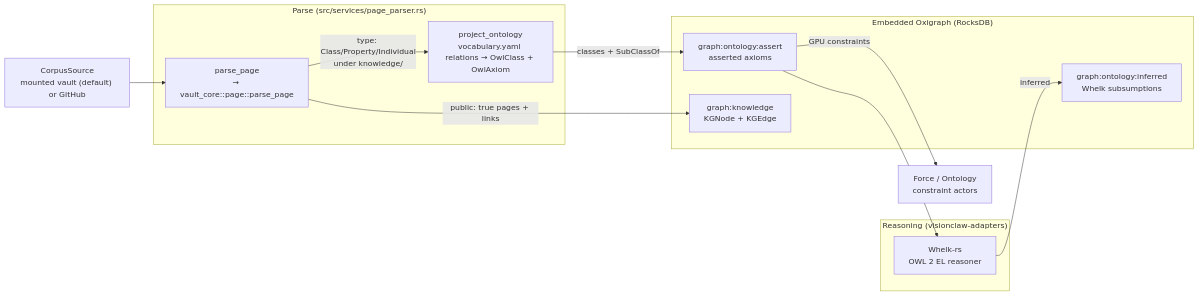
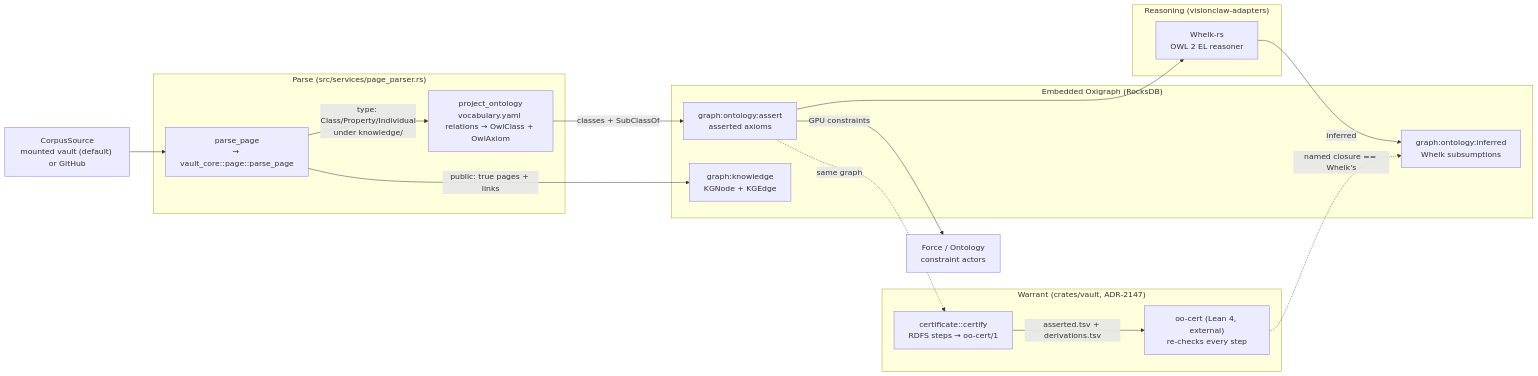
Before and after one commit to DreamLab-AI/VisionClaw: the first of 2 diagrams in docs/explanation/ontology-pipeline.md, drawn with Mermaid. The commit also changed other lines of this file and 3 other files, not shown here.

First line of the commit message:
docs: ADR-2147 derivation certificates and consequence delta; VAULT-corpus-format 2.4.0

````diff
--- a/docs/explanation/ontology-pipeline.md
+++ b/docs/explanation/ontology-pipeline.md
@@ -22,27 +22,35 @@
 ```mermaid
 flowchart LR
     SRC["CorpusSource<br/>mounted vault (default) or GitHub"]
 
     subgraph Parse["Parse (src/services/page_parser.rs)"]
         PP["parse_page<br/>→ vault_core::page::parse_page"]
         PROJ["project_ontology<br/>vocabulary.yaml relations → OwlClass + OwlAxiom"]
     end
 
     subgraph Reason["Reasoning (visionclaw-adapters)"]
         WHELK["Whelk-rs<br/>OWL 2 EL reasoner"]
     end
 
+    subgraph Warrant["Warrant (crates/vault, ADR-2147)"]
+        CERT["certificate::certify<br/>RDFS steps → oo-cert/1"]
+        CHK["oo-cert (Lean 4, external)<br/>re-checks every step"]
+    end
+
     subgraph Store["Embedded Oxigraph (RocksDB)"]
         ASSERT["graph:ontology:assert<br/>asserted axioms"]
         INFER["graph:ontology:inferred<br/>Whelk subsumptions"]
         KNOW["graph:knowledge<br/>KGNode + KGEdge"]
     end
 
     SRC --> PP
     PP -->|"type: Class/Property/Individual<br/>under knowledge/"| PROJ
     PROJ -->|"classes + SubClassOf"| ASSERT
     ASSERT --> WHELK
     WHELK -->|"inferred"| INFER
+    ASSERT -.->|"same graph"| CERT
+    CERT -->|"asserted.tsv + derivations.tsv"| CHK
+    CHK -.->|"named closure == Whelk's"| INFER
     PP -->|"public: true pages + links"| KNOW
     ASSERT -->|"GPU constraints"| GPU["Force / Ontology<br/>constraint actors"]
 ```
````
